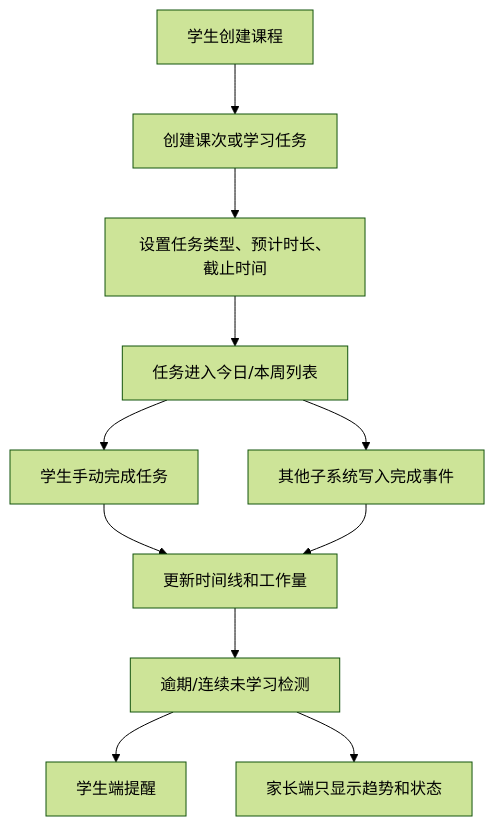
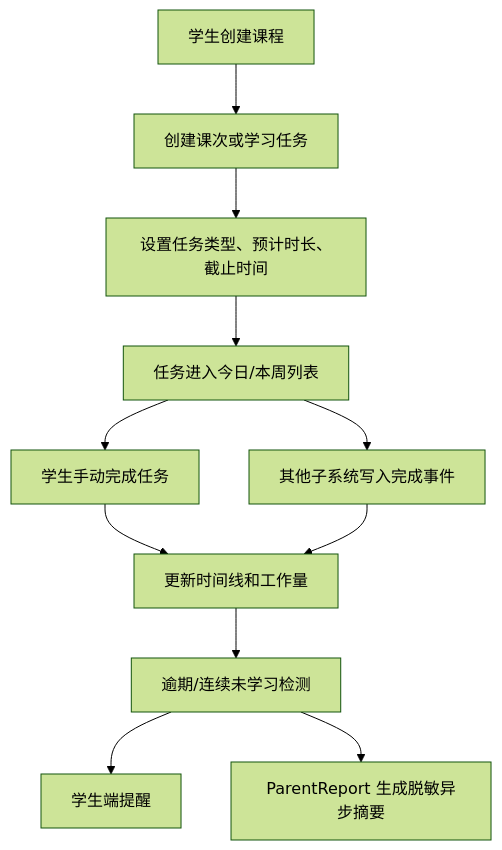
One commit to everything-is-simple/ai-studybuddy changed the diagram in docs/subsystems/03-S1学习节奏子系统PRD-StudyRhythm.md. Above: the diagram before and after it, drawn with Mermaid (forest theme). The commit also changed other lines of this file and 9 other files, not shown here.

````diff
--- a/docs/subsystems/03-S1学习节奏子系统PRD-StudyRhythm.md
+++ b/docs/subsystems/03-S1学习节奏子系统PRD-StudyRhythm.md
@@ -58,13 +58,13 @@
 ```mermaid
 flowchart TD
   A["学生创建课程"] --> B["创建课次或学习任务"]
   B --> C["设置任务类型、预计时长、截止时间"]
   C --> D["任务进入今日/本周列表"]
   D --> E1["学生手动完成任务"]
   D --> E2["其他子系统写入完成事件"]
   E1 --> F["更新时间线和工作量"]
   E2 --> F
   F --> G["逾期/连续未学习检测"]
   G --> H["学生端提醒"]
-  G --> I["家长端只显示趋势和状态"]
+  G --> I["ParentReport 生成脱敏异步摘要"]
 ```
````
